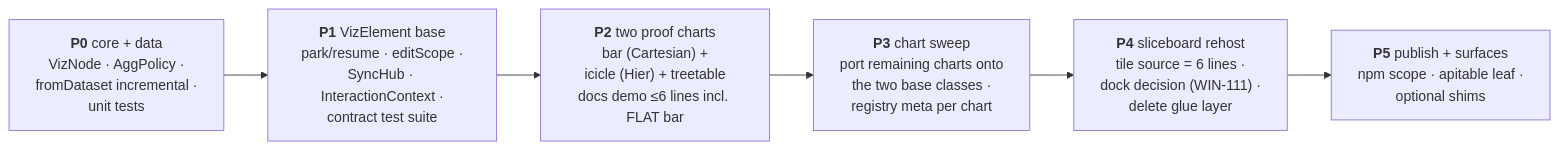
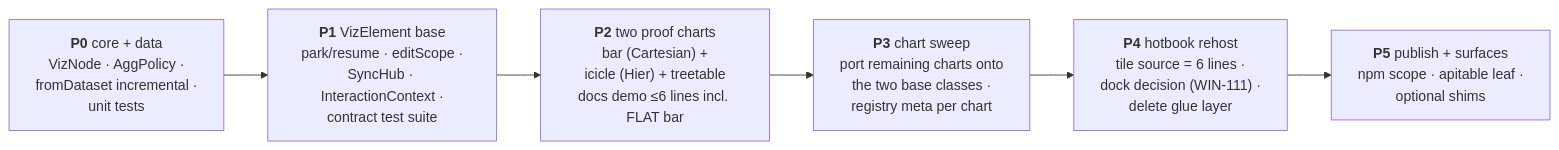
Before and after one commit to WinstonFassett/hotbook: the fourth of 4 diagrams in wiki/rebuild-tech-design.md, drawn with Mermaid. The commit also changed other lines of this file and 43 other files, not shown here.

Commit message:
chore: Rename sliceboard to hotbook throughout codebase

````diff
--- a/wiki/rebuild-tech-design.md
+++ b/wiki/rebuild-tech-design.md
@@ -376,10 +376,10 @@
 ```mermaid
 graph LR
   p0["<b>P0</b> core + data<br/>VizNode · AggPolicy ·<br/>fromDataset incremental ·<br/>unit tests"]
   p1["<b>P1</b> VizElement base<br/>park/resume · editScope ·<br/>SyncHub · InteractionContext ·<br/>contract test suite"]
   p2["<b>P2</b> two proof charts<br/>bar (Cartesian) +<br/>icicle (Hier) + treetable<br/>docs demo ≤6 lines incl. FLAT bar"]
   p3["<b>P3</b> chart sweep<br/>port remaining charts onto<br/>the two base classes ·<br/>registry meta per chart"]
-  p4["<b>P4</b> sliceboard rehost<br/>tile source = 6 lines ·<br/>dock decision (WIN-111) ·<br/>delete glue layer"]
+  p4["<b>P4</b> hotbook rehost<br/>tile source = 6 lines ·<br/>dock decision (WIN-111) ·<br/>delete glue layer"]
   p5["<b>P5</b> publish + surfaces<br/>npm scope · apitable leaf ·<br/>optional shims"]
   p0 --> p1 --> p2 --> p3 --> p4 --> p5
 ```
````
